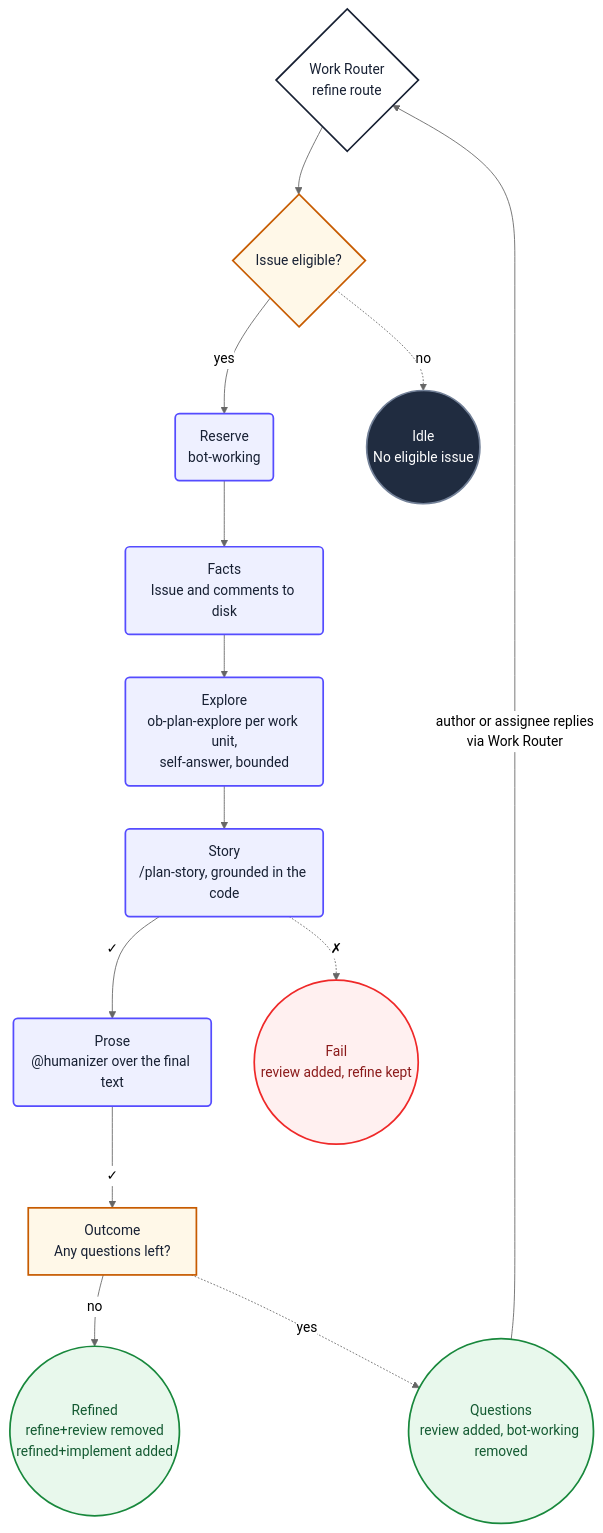
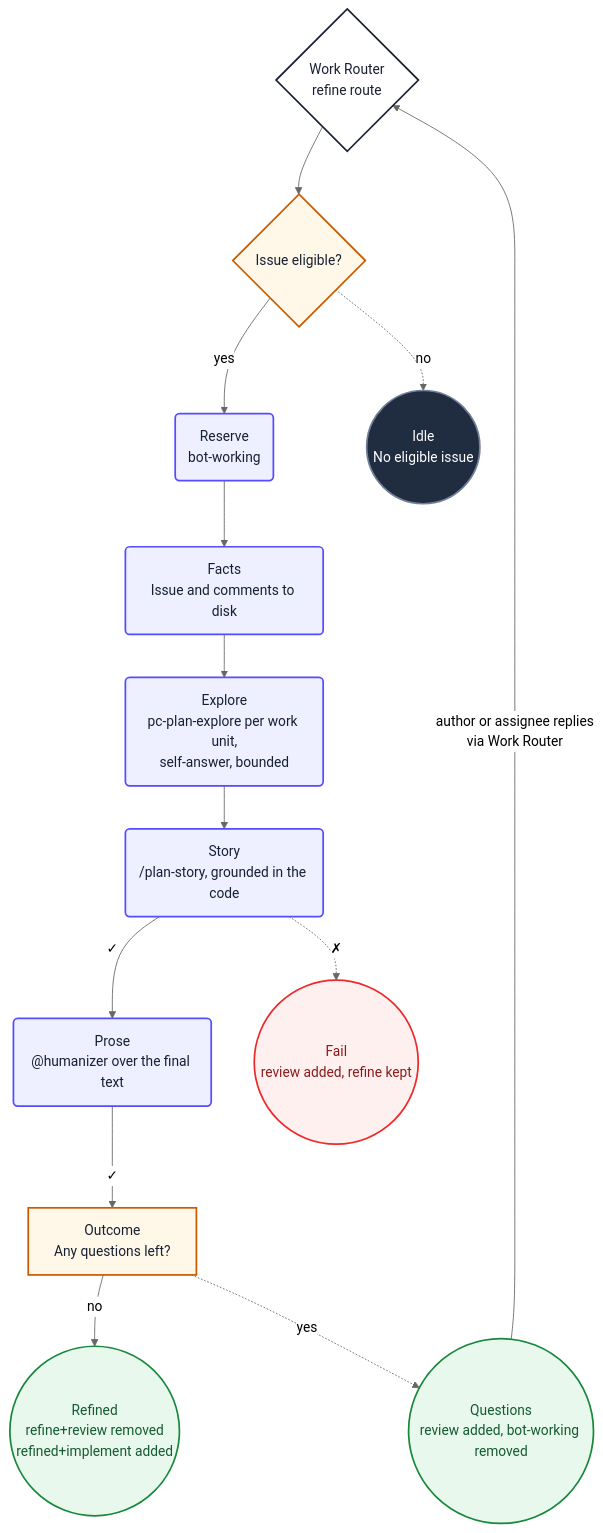
The diagram in cli/loops/workflows/agent-refine.md (PlainConceptsPlatform/Agentic-Workflows), drawn with Mermaid (neutral theme) before and after one commit. The commit also changed other lines of this file and 18 other files, not shown here.

````diff
--- a/cli/loops/workflows/agent-refine.md
+++ b/cli/loops/workflows/agent-refine.md
@@ -347,33 +347,33 @@
 ```mermaid
 flowchart TD
     refStart{"Work Router<br/>refine route"} --> refPick
     refPick{"Issue eligible?"} -->|yes| refReserve
     refPick -.->|no| refIdle
     refReserve("Reserve<br/>bot-working") --> refFacts
     refFacts("Facts<br/>Issue and comments to disk") --> refExplore
-    refExplore("Explore<br/>ob-plan-explore per work unit,<br/>self-answer, bounded") --> refStory
+    refExplore("Explore<br/>pc-plan-explore per work unit,<br/>self-answer, bounded") --> refStory
     refStory("Story<br/>/plan-story, grounded in the code") -->|✓| refProse
     refStory -.->|✗| refFail
     refProse("Prose<br/>@humanizer over the final text") -->|✓| refOutcome
     refOutcome["Outcome<br/>Any questions left?"] -->|no| refDone
     refOutcome -.->|yes| refAsk
     refDone(("Refined<br/>refine+review removed<br/>refined+implement added"))
     refAsk(("Questions<br/>review added, bot-working removed"))
     refAsk -->|author or assignee replies<br/>via Work Router| refStart
     refIdle(("Idle<br/>No eligible issue"))
     refFail(("Fail<br/>review added, refine kept"))
 
     classDef start fill:#ffffff,stroke:#172033,stroke-width:2px,color:#172033
     classDef action fill:#eef0ff,stroke:#554cff,stroke-width:2px,color:#172033
     classDef decision fill:#fff8e8,stroke:#c75b00,stroke-width:2px,color:#172033
     classDef idle fill:#202c40,stroke:#738198,stroke-width:2px,color:#ffffff
     classDef failure fill:#fff0f0,stroke:#ef2929,stroke-width:2px,color:#8b1a1a
     classDef success fill:#e8f8ec,stroke:#18883c,stroke-width:2px,color:#145a32
 
     class refStart start
     class refReserve,refFacts,refExplore,refStory,refProse action
     class refPick,refOutcome decision
     class refIdle idle
     class refFail failure
     class refDone,refAsk success
 ```
````
